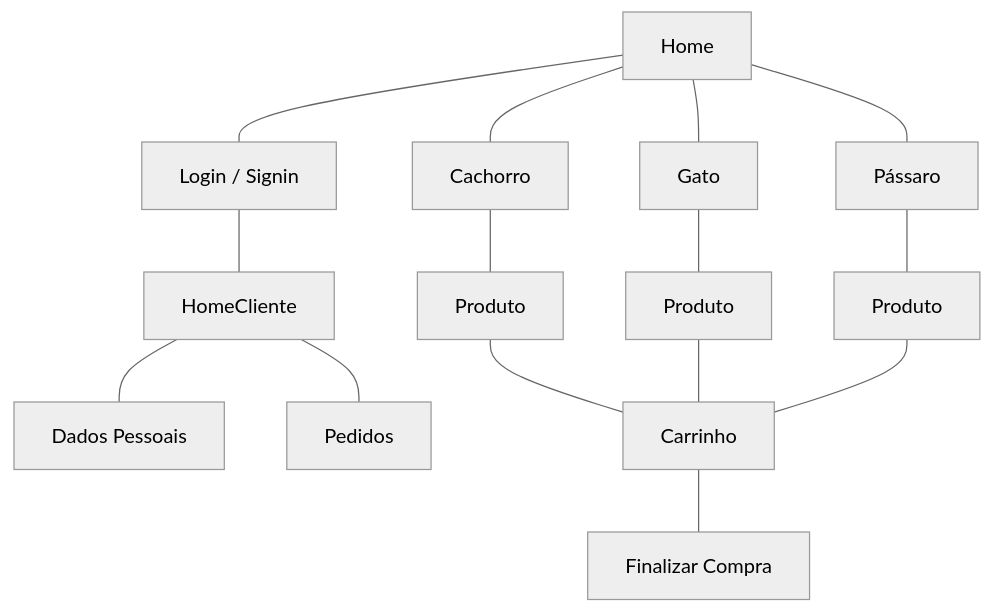
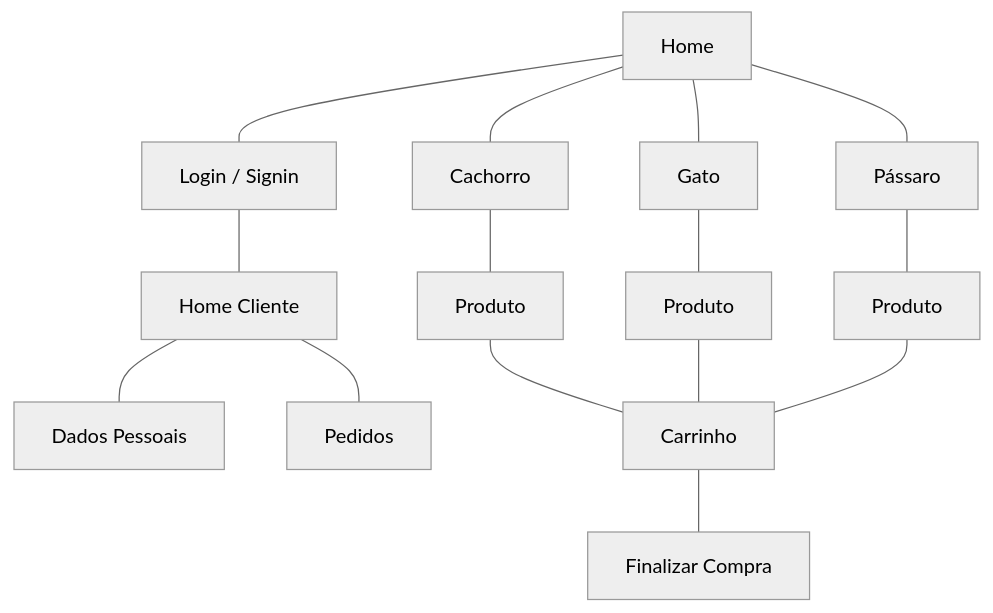
Before and after one commit to viniciussm07/pet-shop: the diagram in README.md, drawn with Mermaid (neutral theme).

Commit message:
Update README.md
Ajustando Home Cliente no Navigation Diagram

````diff
--- a/README.md
+++ b/README.md
@@ -11,22 +11,22 @@
 ```mermaid
   graph TD;
       Home---Cachorro;
       Cachorro---produto1[Produto];
       
       Home---Gato;
       Gato---produto2[Produto];
       
       Home---Pássaro;
       Pássaro---produto3[Produto];
       
       Home---loginSignin[Login / Signin];
-      loginSignin---homeCliente[HomeCliente]
+      loginSignin---homeCliente[Home Cliente]
       homeCliente---dadosPessoais[Dados Pessoais]
       homeCliente---Pedidos
       
       produto1---carrinho[Carrinho]
       produto2---carrinho
       produto3---carrinho
       
       carrinho---finalizarCompra[Finalizar Compra]
 ```
````
